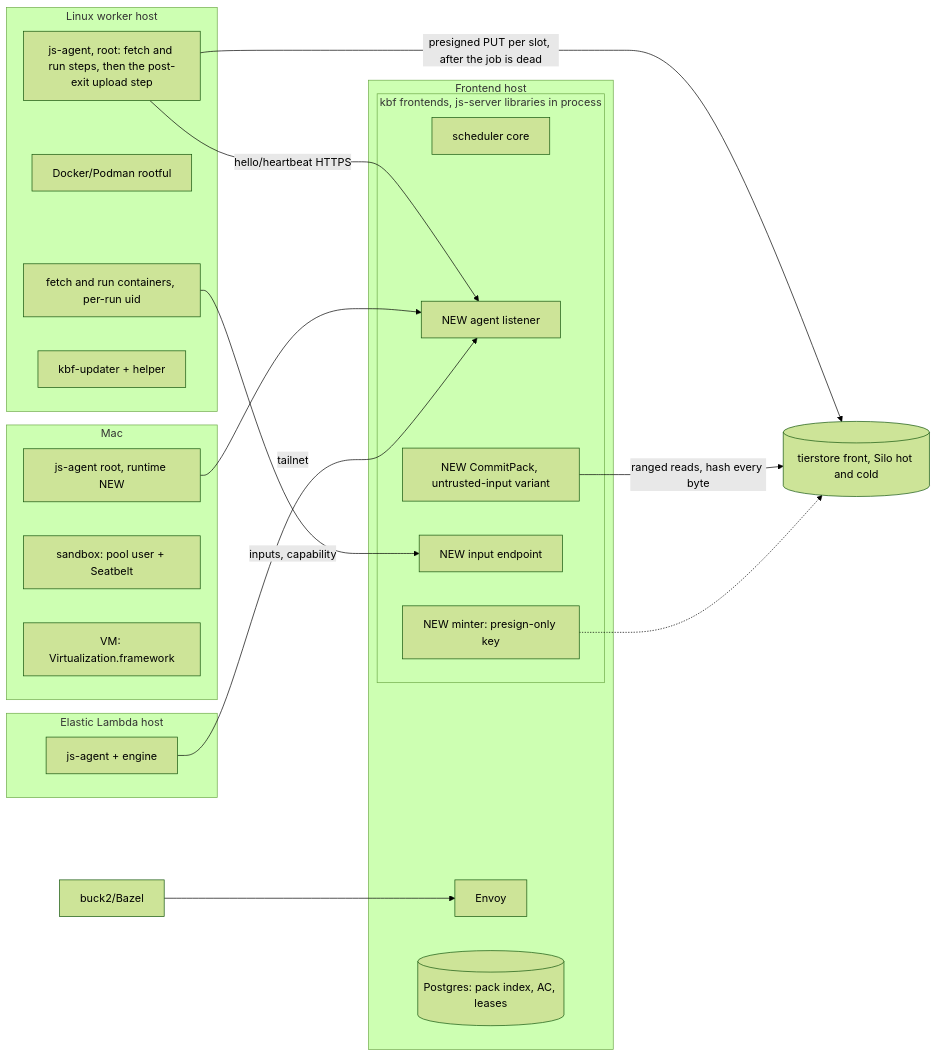
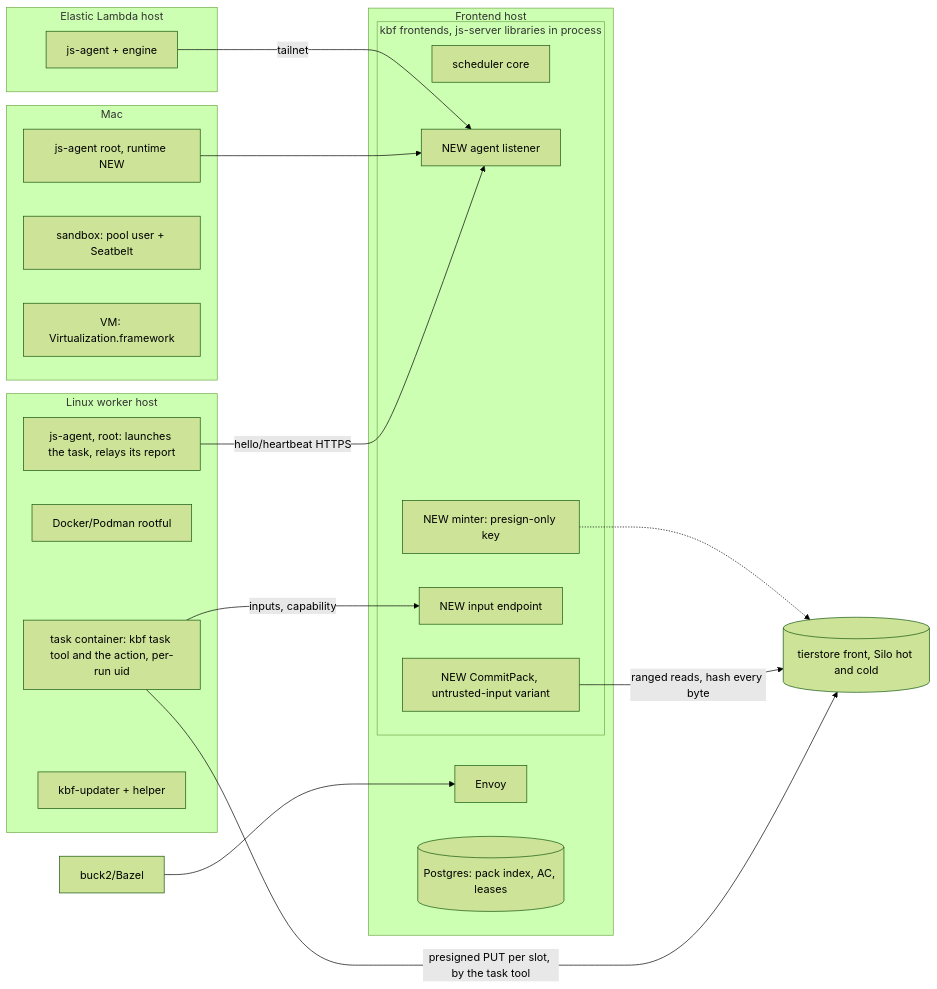
Before and after one commit to komira-ai/jobscheduler: the second of 14 diagrams in docs/design/kbf-on-js-agent.md, drawn with Mermaid (forest theme). The commit also changed other lines of this file and 2 other files, not shown here.

````diff
--- a/docs/design/kbf-on-js-agent.md
+++ b/docs/design/kbf-on-js-agent.md
@@ -132,36 +133,36 @@
 ```mermaid
 flowchart LR
   client[buck2/Bazel] --> envoy
   subgraph FE[Frontend host]
     envoy[Envoy]
     subgraph FP[kbf frontends, js-server libraries in process]
       core[scheduler core]
       door[NEW agent listener]
       mint[NEW minter: presign-only key]
       inp[NEW input endpoint]
       cp[NEW CommitPack, untrusted-input variant]
     end
     pg[(Postgres: pack index, AC, leases)]
   end
   subgraph LW[Linux worker host]
-    ag[js-agent, root: fetch and run steps, then the post-exit upload step]
+    ag[js-agent, root: launches the task, relays its report]
     eng[Docker/Podman rootful]
-    task[fetch and run containers, per-run uid]
+    task[task container: kbf task tool and the action, per-run uid]
     lupd[kbf-updater + helper]
   end
   subgraph MC[Mac]
     mag[js-agent root, runtime NEW]
     sb[sandbox: pool user + Seatbelt]
     vm[VM: Virtualization.framework]
   end
   subgraph EL[Elastic Lambda host]
     eag[js-agent + engine]
   end
   ag -- hello/heartbeat HTTPS --> door
   mag --> door
   eag -- tailnet --> door
   task -- inputs, capability --> inp
-  ag -- presigned PUT per slot, after the job is dead --> store[(tierstore front, Silo hot and cold)]
+  task -- presigned PUT per slot, by the task tool --> store[(tierstore front, Silo hot and cold)]
   cp -- ranged reads, hash every byte --> store
   mint -.-> store
 ```
````
